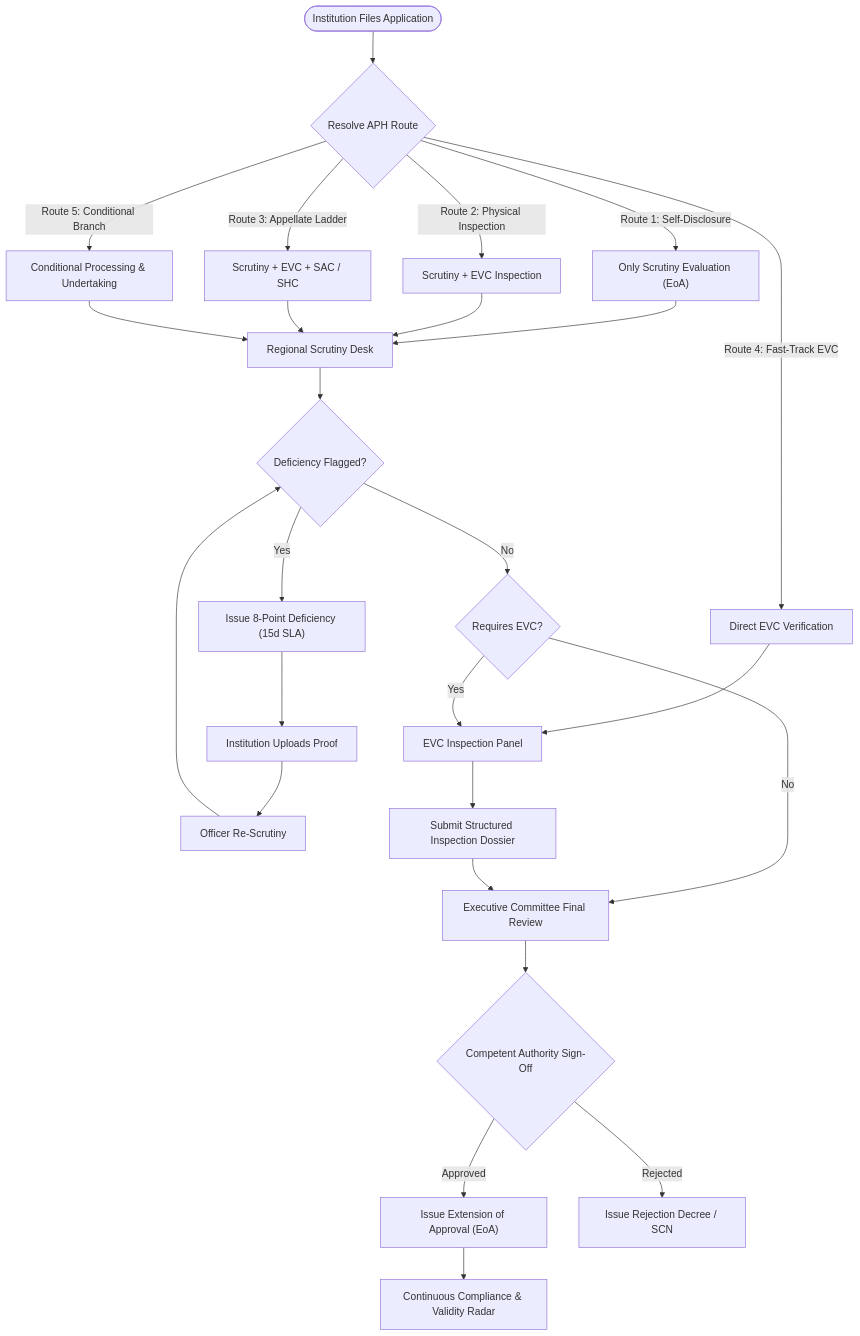
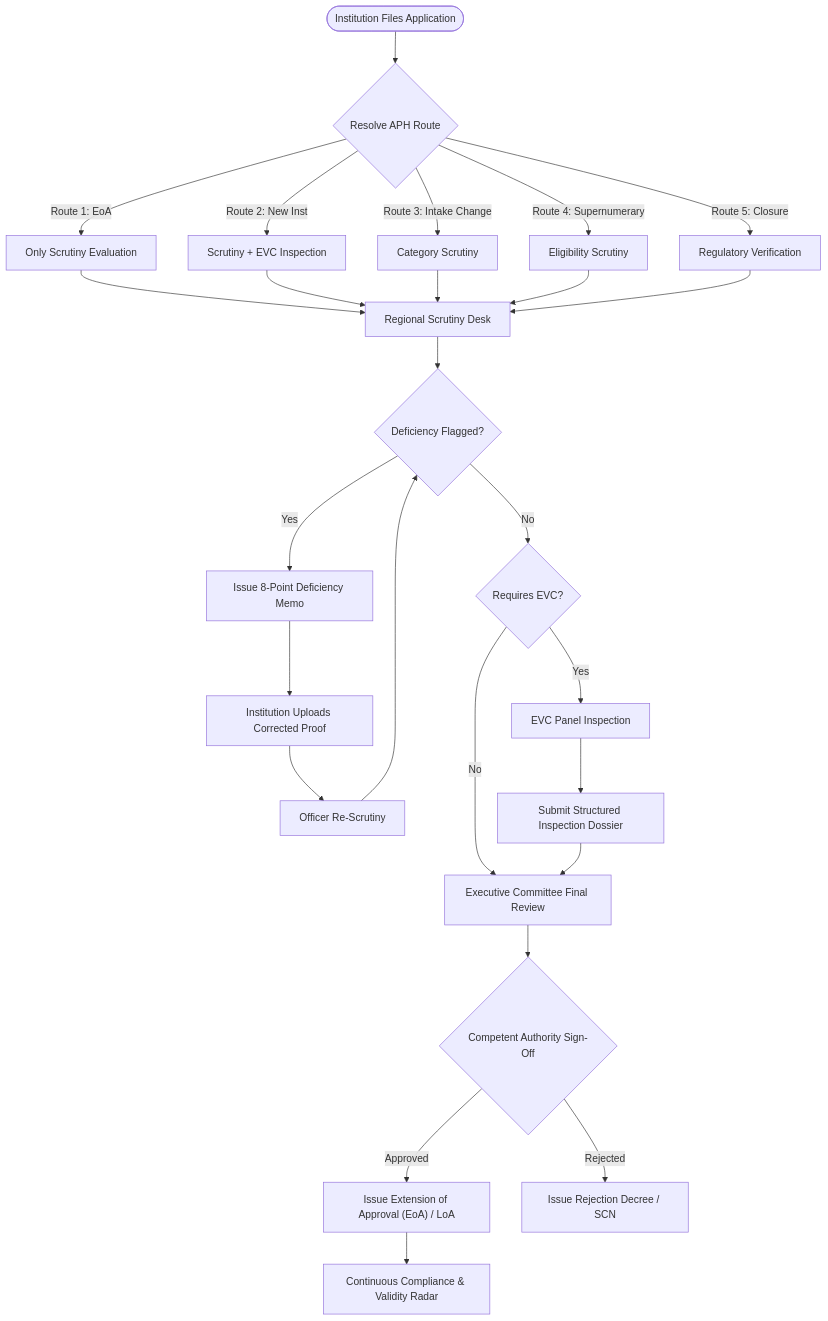
One commit to LavanyaRev/SAMAY changed the third of 4 diagrams in README.md. Above: the diagram before and after it, drawn with Mermaid. The commit also changed other lines of this file, not shown here.

Commit message:
docs(readme): refine security mechanisms, APH routes table, RAG architecture, and 11-step demo guide

````diff
--- a/README.md
+++ b/README.md
@@ -318,35 +330,35 @@
 ```mermaid
 flowchart TD
     START(["Institution Files Application"]) --> R{Resolve APH Route}
 
-    R -->|Route 1: Self-Disclosure| R1["Only Scrutiny Evaluation (EoA)"]
-    R -->|Route 2: Physical Inspection| R2["Scrutiny + EVC Inspection"]
-    R -->|Route 3: Appellate Ladder| R3["Scrutiny + EVC + SAC / SHC"]
-    R -->|Route 4: Fast-Track EVC| R4["Direct EVC Verification"]
-    R -->|Route 5: Conditional Branch| R5["Conditional Processing & Undertaking"]
+    R -->|Route 1: EoA| R1["Only Scrutiny Evaluation"]
+    R -->|Route 2: New Inst| R2["Scrutiny + EVC Inspection"]
+    R -->|Route 3: Intake Change| R3["Category Scrutiny"]
+    R -->|Route 4: Supernumerary| R4["Eligibility Scrutiny"]
+    R -->|Route 5: Closure| R5["Regulatory Verification"]
 
     R1 --> ST1["Regional Scrutiny Desk"]
     R2 --> ST1
     R3 --> ST1
-    R4 --> EVC1["EVC Inspection Panel"]
+    R4 --> ST1
     R5 --> ST1
 
     ST1 --> DEF{"Deficiency Flagged?"}
-    DEF -->|Yes| DEF_MEMO["Issue 8-Point Deficiency (15d SLA)"]
-    DEF_MEMO --> DEF_FIX["Institution Uploads Proof"]
+    DEF -->|Yes| DEF_MEMO["Issue 8-Point Deficiency Memo"]
+    DEF_MEMO --> DEF_FIX["Institution Uploads Corrected Proof"]
     DEF_FIX --> RESCRUTINY["Officer Re-Scrutiny"]
     RESCRUTINY --> DEF
 
     DEF -->|No| FORWARD{"Requires EVC?"}
-    FORWARD -->|Yes| EVC1
+    FORWARD -->|Yes| EVC1["EVC Panel Inspection"]
     FORWARD -->|No| EXEC["Executive Committee Final Review"]
 
     EVC1 --> EVC_REP["Submit Structured Inspection Dossier"]
     EVC_REP --> EXEC
 
     EXEC --> DECISION{"Competent Authority Sign-Off"}
-    DECISION -->|Approved| APP_ORDER["Issue Extension of Approval (EoA)"]
+    DECISION -->|Approved| APP_ORDER["Issue Extension of Approval (EoA) / LoA"]
     DECISION -->|Rejected| REJ_ORDER["Issue Rejection Decree / SCN"]
 
     APP_ORDER --> RADAR["Continuous Compliance & Validity Radar"]
 ```
````
